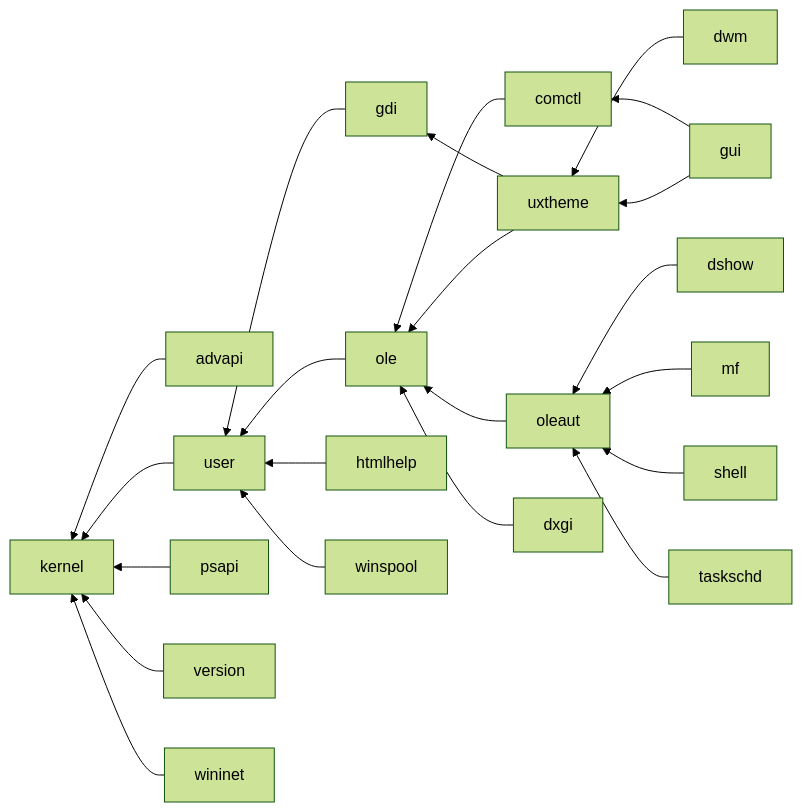
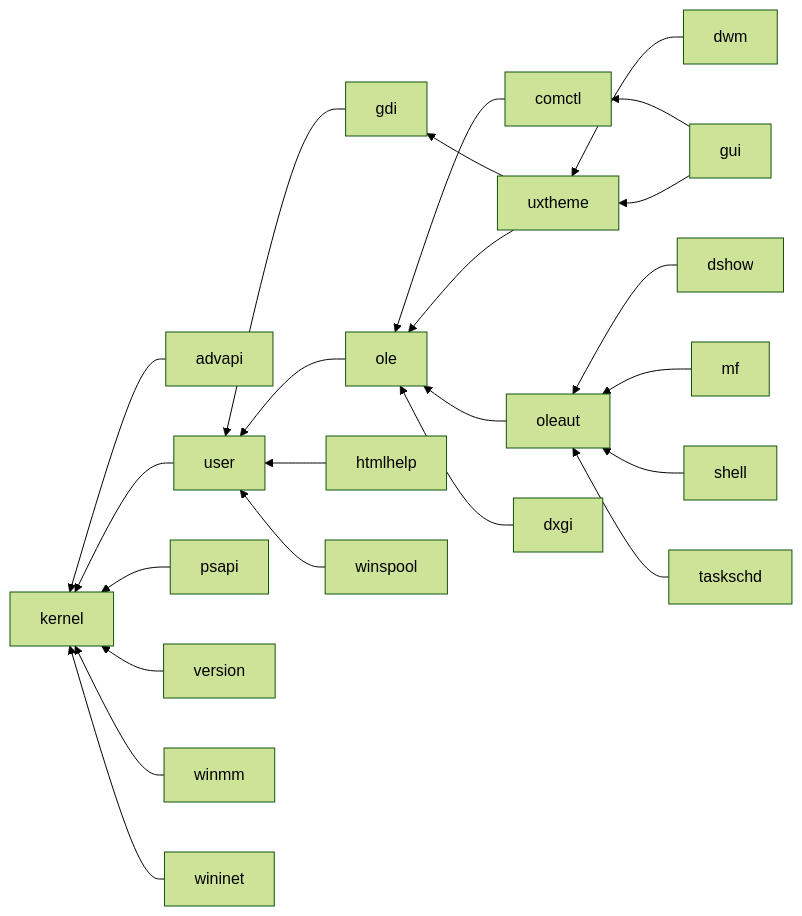
The diagram in features-chart.md (rodrigocfd/winsafe), drawn with Mermaid (forest theme) before and after one commit. The commit also changed 10 other files, not shown here.

````diff
--- a/features-chart.md
+++ b/features-chart.md
@@ -5,24 +5,25 @@
 ```mermaid
 flowchart RL
     advapi --> kernel
     comctl --> ole
     dshow --> oleaut
     dwm --> uxtheme
     dxgi --> ole
     gdi --> user
     gui --> comctl
     gui --> uxtheme
     htmlhelp --> user
     mf --> oleaut
     ole --> user
     oleaut --> ole
     psapi --> kernel
     shell --> oleaut
     taskschd --> oleaut
     user --> kernel
     uxtheme --> gdi
     uxtheme --> ole
     version --> kernel
+    winmm --> kernel
     wininet --> kernel
     winspool --> user
 ```
````
